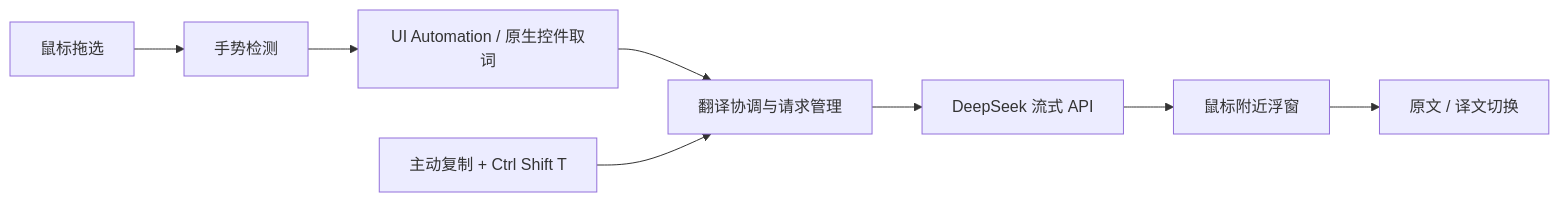
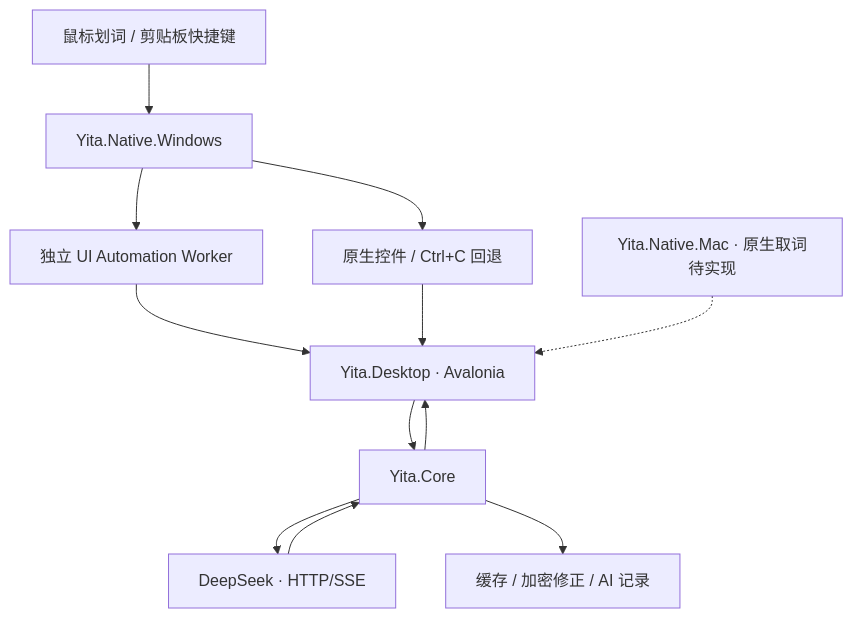
Before and after one commit to 2214331539/Yita: the diagram in README.md, drawn with Mermaid. The commit also changed other lines of this file and 10 other files, not shown here.

Commit message:
chore: promote Avalonia main and document the application architecture

````diff
--- a/README.md
+++ b/README.md
@@ -168,10 +103,14 @@
 ```mermaid
-flowchart LR
-    A[鼠标拖选] --> B[手势检测]
-    B --> C[UI Automation / 原生控件取词]
-    C --> D[翻译协调与请求管理]
-    E[主动复制 + Ctrl Shift T] --> D
-    D --> F[DeepSeek 流式 API]
-    F --> G[鼠标附近浮窗]
-    G --> H[原文 / 译文切换]
+flowchart TB
+    User[鼠标划词 / 剪贴板快捷键] --> Win[Yita.Native.Windows]
+    Win --> Worker[独立 UI Automation Worker]
+    Win --> Copy[原生控件 / Ctrl+C 回退]
+    Worker --> Desktop[Yita.Desktop · Avalonia]
+    Copy --> Desktop
+    Desktop --> Core[Yita.Core]
+    Core --> API[DeepSeek · HTTP/SSE]
+    Core --> Storage[缓存 / 加密修正 / AI 记录]
+    API --> Core
+    Core --> Desktop
+    Mac[Yita.Native.Mac · 原生取词待实现] -.-> Desktop
 ```
````
